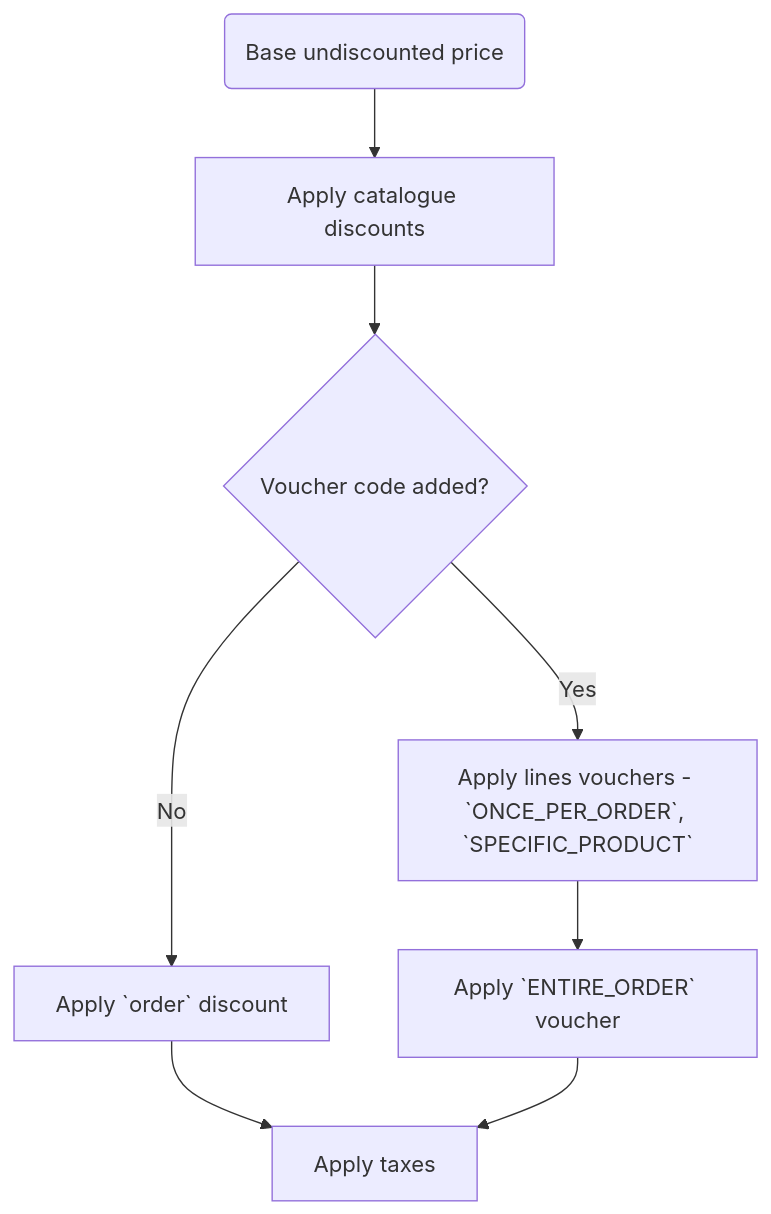
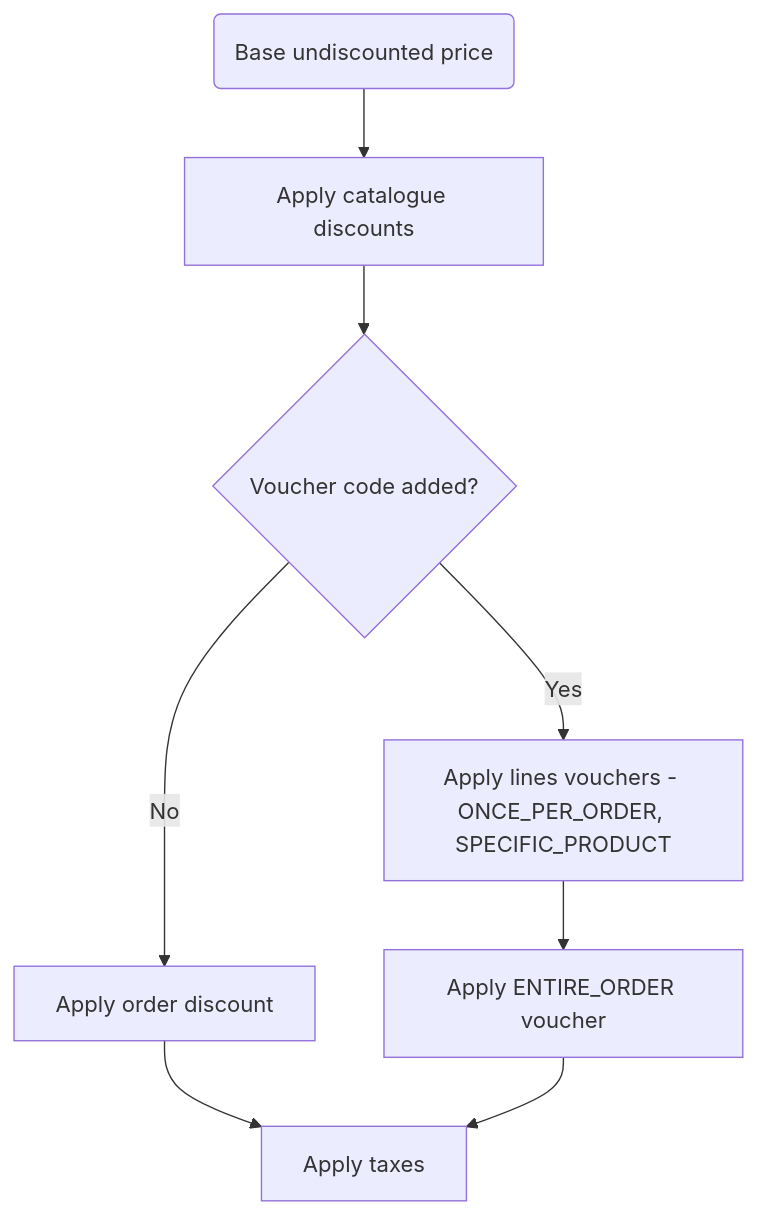
Before and after one commit to saleor/saleor-docs: the first of 2 diagrams in docs/developer/discounts/promotions.mdx, drawn with Mermaid. The commit also changed other lines of this file and 1 other file, not shown here.

Commit message:
Fix typos / missing fields or broken mermaid diagrams for vouchers / promotions docs

````diff
--- a/docs/developer/discounts/promotions.mdx
+++ b/docs/developer/discounts/promotions.mdx
@@ -1358,10 +1362,10 @@
 ```mermaid
 graph TD
     A(Base undiscounted price) --> B[Apply catalogue discounts]
     B --> Z{Voucher code added?}
-    Z --> |No| K[Apply `order` discount]
+    Z --> |No| K[Apply order discount]
     K --> E
-    Z --> |Yes| C[Apply lines vouchers - `ONCE_PER_ORDER`, `SPECIFIC_PRODUCT`]
-    C --> D[Apply `ENTIRE_ORDER` voucher]
+    Z --> |Yes| C[Apply lines vouchers - ONCE_PER_ORDER, SPECIFIC_PRODUCT]
+    C --> D[Apply ENTIRE_ORDER voucher]
     D --> E[Apply taxes]
 ```
````
